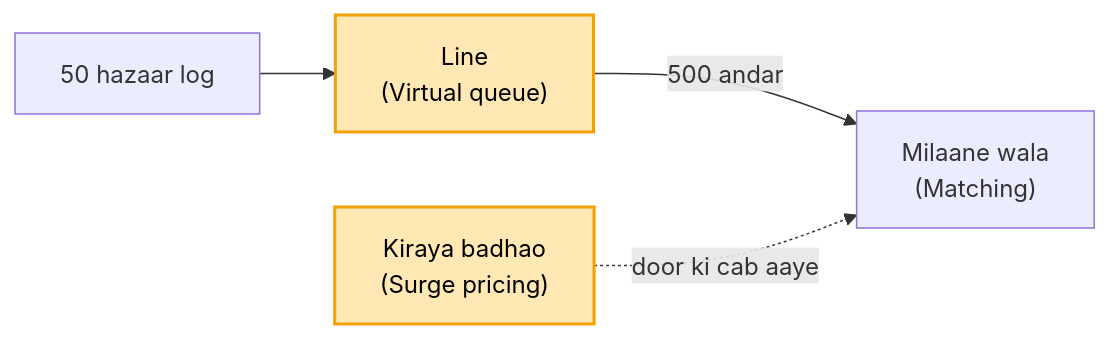
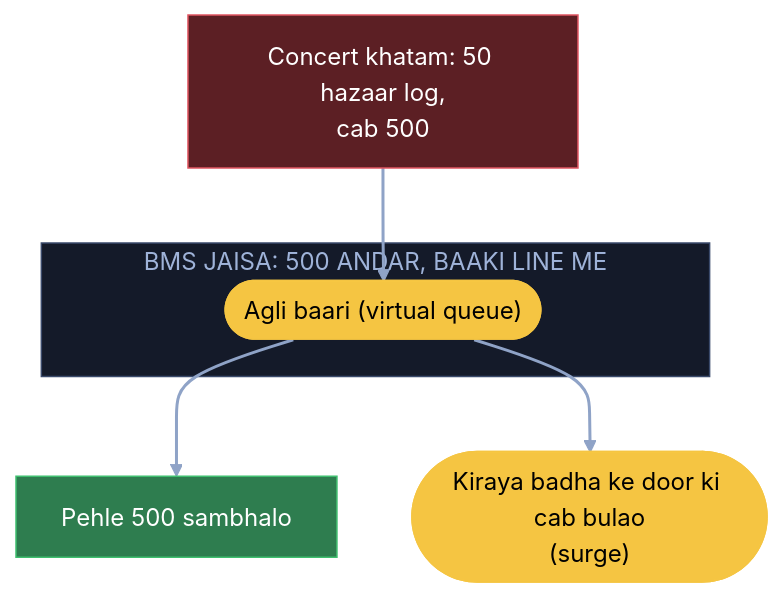
One commit to ArpanMaheshwari144/Prep changed the fourth of 11 diagrams in 04_HLD/SYSTEM_DESIGNS/15_uber/15_uber.md. Above: the diagram before and after it, drawn with Mermaid. The commit also changed other lines of this file and 3 other files, not shown here.

Commit message:
Uber: 14 diagram hand notes ke shabdon se; K3 / K4 / K10 me naksha + chhoti gaadi (SVG); K6 apni jodi line hatai

````diff
--- a/04_HLD/SYSTEM_DESIGNS/15_uber/15_uber.md
+++ b/04_HLD/SYSTEM_DESIGNS/15_uber/15_uber.md
@@ -118,8 +141,18 @@
 ```mermaid
-flowchart LR
-    U["50 hazaar log"] --> Q["Line<br/>(Virtual queue)"]
-    Q -- "500 andar" --> M["Milaane wala<br/>(Matching)"]
-    S["Kiraya badhao<br/>(Surge pricing)"] -. "door ki cab aaye" .-> M
-    style Q fill:#ffe8b3,stroke:#f59f00,stroke-width:2px,color:#000
-    style S fill:#ffe8b3,stroke:#f59f00,stroke-width:2px,color:#000
+flowchart TB
+    U["Concert khatam: 50 hazaar log,<br/>cab 500"]:::bad
+    subgraph BL["BMS JAISA: 500 ANDAR, BAAKI LINE ME"]
+        Q(["Agli baari (virtual queue)"]):::pill
+    end
+    S2(["Kiraya badha ke door ki cab bulao<br/>(surge)"]):::pill
+    OK["Pehle 500 sambhalo"]:::good
+    U --> Q
+    Q --> OK
+    Q --> S2
+    linkStyle default stroke:#8fa3c7,stroke-width:2px
+    classDef card fill:#1e2638,stroke:#3a4a6b,color:#e8ecf5
+    classDef pill fill:#f5c542,stroke:#f5c542,color:#000
+    classDef good fill:#2e7d4f,stroke:#3fbf6f,color:#fff
+    classDef bad fill:#5c1f24,stroke:#e05561,color:#fff
+    style BL fill:#141a29,stroke:#3a4a6b,color:#9fb3d9
 ```
````
